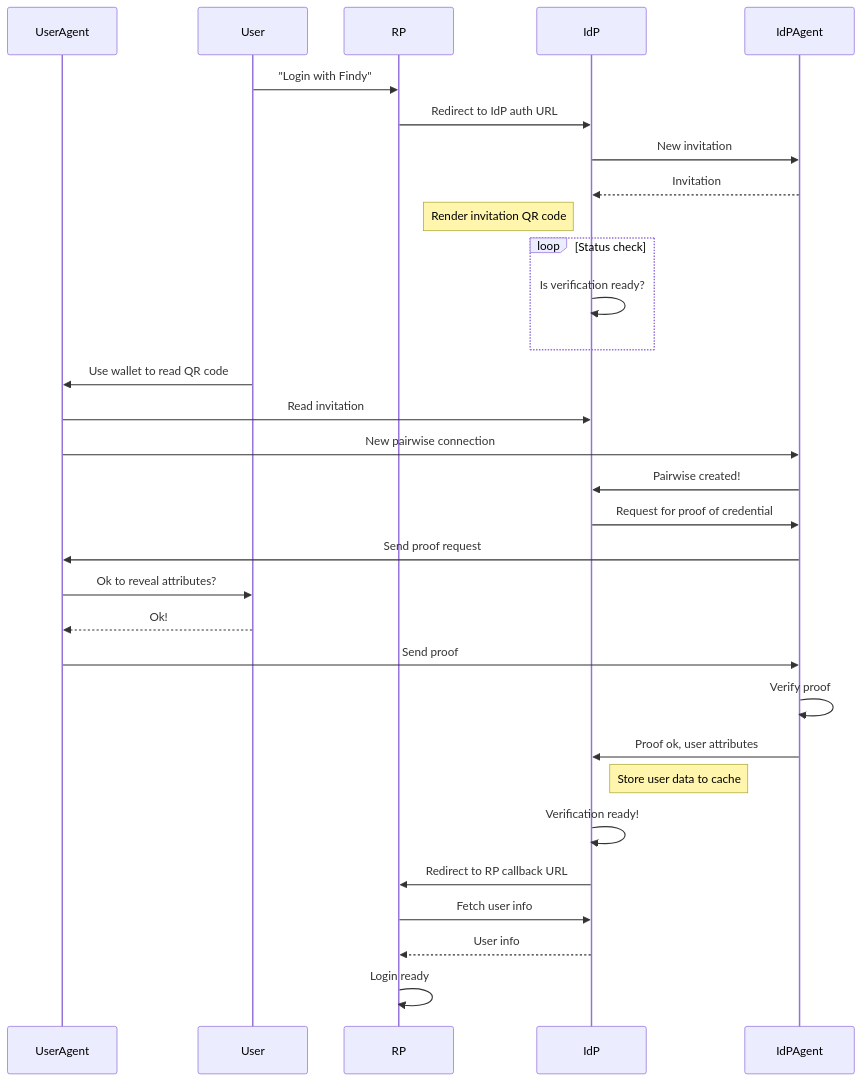
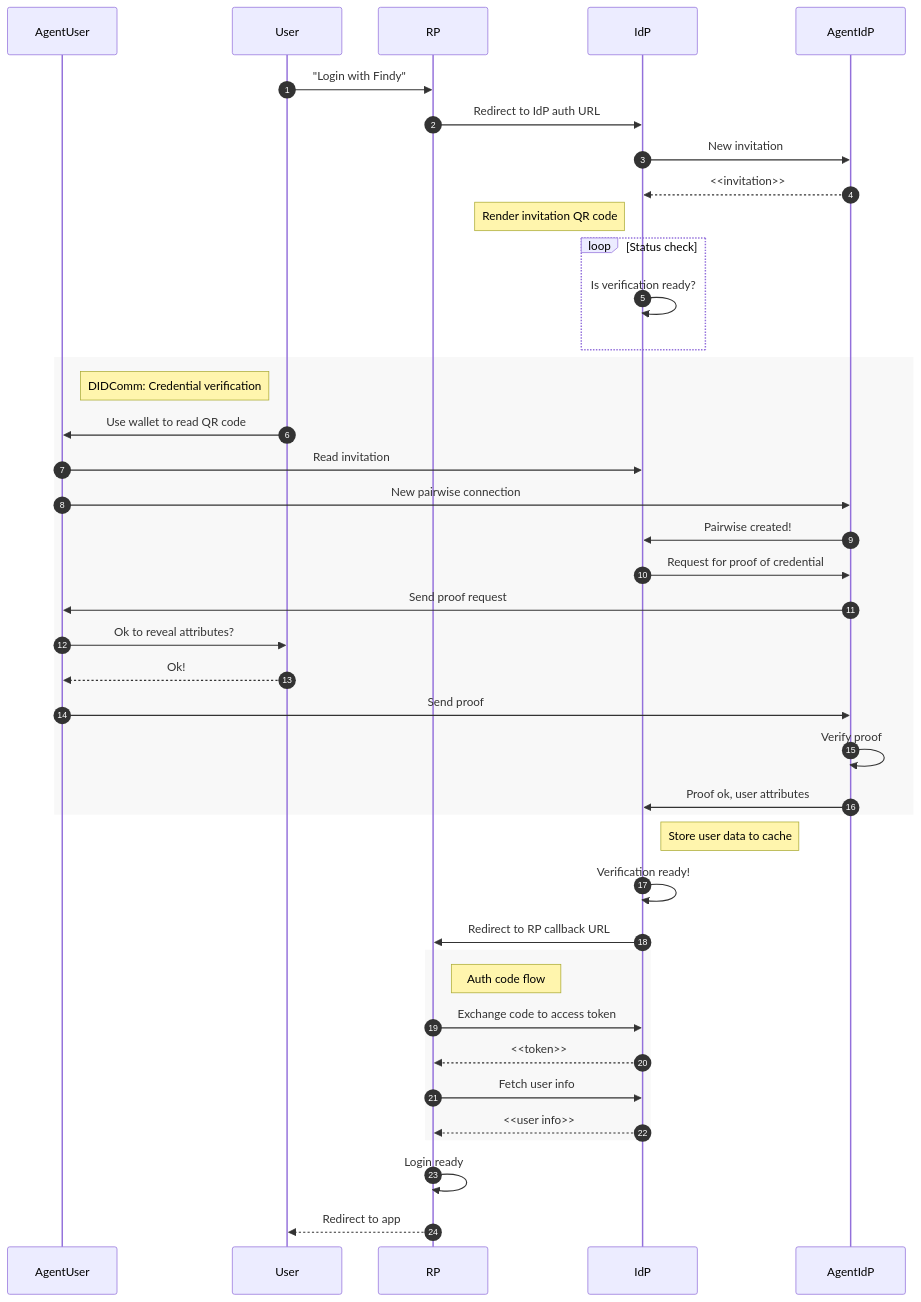
One commit to findy-network/findy-oidc-provider changed the second of 2 diagrams in README.md. Above: the diagram before and after it, drawn with Mermaid. The commit also changed other lines of this file, not shown here.

Commit message:
Format OIDC sequence diagram to increase readibility.

````diff
--- a/README.md
+++ b/README.md
@@ -9,35 +33,45 @@
 ```mermaid
 sequenceDiagram
-    participant UserAgent
+    autonumber
+    participant AgentUser
     participant User
     participant RP
     participant IdP
-    participant IdPAgent
+    participant AgentIdP
 
     User->>RP: "Login with Findy"
     RP->>IdP: Redirect to IdP auth URL
-    IdP->>IdPAgent: New invitation
-    IdPAgent-->>IdP: Invitation
+    IdP->>AgentIdP: New invitation
+    AgentIdP-->>IdP: <<invitation>>
     Note left of IdP: Render invitation QR code
     loop Status check
         IdP->>IdP: Is verification ready?
     end
-    User->>UserAgent: Use wallet to read QR code
-    UserAgent->>IdP: Read invitation
-    UserAgent->>IdPAgent: New pairwise connection
-    IdPAgent->>IdP: Pairwise created!
-    IdP->>IdPAgent: Request for proof of credential
-    IdPAgent->>UserAgent: Send proof request
-    UserAgent->>User: Ok to reveal attributes?
-    User-->>UserAgent: Ok!
-    UserAgent->>IdPAgent: Send proof
-    IdPAgent->>IdPAgent: Verify proof
-    IdPAgent->>IdP: Proof ok, user attributes
+    rect rgb(248, 248, 248)
+    Note right of AgentUser: DIDComm: Credential verification
+    User->>AgentUser: Use wallet to read QR code
+    AgentUser->>IdP: Read invitation
+    AgentUser->>AgentIdP: New pairwise connection
+    AgentIdP->>IdP: Pairwise created!
+    IdP->>AgentIdP: Request for proof of credential
+    AgentIdP->>AgentUser: Send proof request
+    AgentUser->>User: Ok to reveal attributes?
+    User-->>AgentUser: Ok!
+    AgentUser->>AgentIdP: Send proof
+    AgentIdP->>AgentIdP: Verify proof
+    AgentIdP->>IdP: Proof ok, user attributes
+    end
     Note right of IdP: Store user data to cache
     IdP->>IdP: Verification ready!
     IdP->>RP: Redirect to RP callback URL
+    rect rgb(248, 248, 248)
+    Note right of RP: Auth code flow
+    RP->>IdP: Exchange code to access token
+    IdP-->>RP: <<token>>
     RP->>IdP: Fetch user info
-    IdP-->>RP: User info
+    IdP-->>RP: <<user info>>
+    end
     RP->>RP: Login ready
-    
+    RP-->>User: Redirect to app
+
 ```
````
